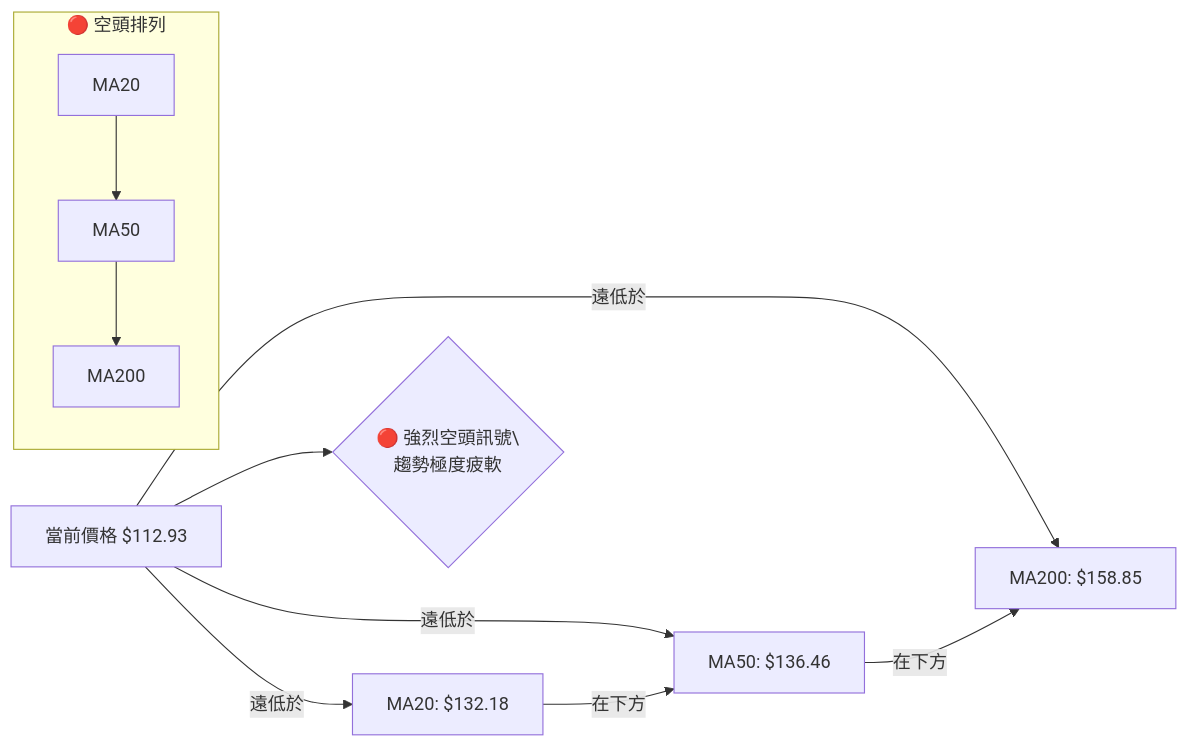
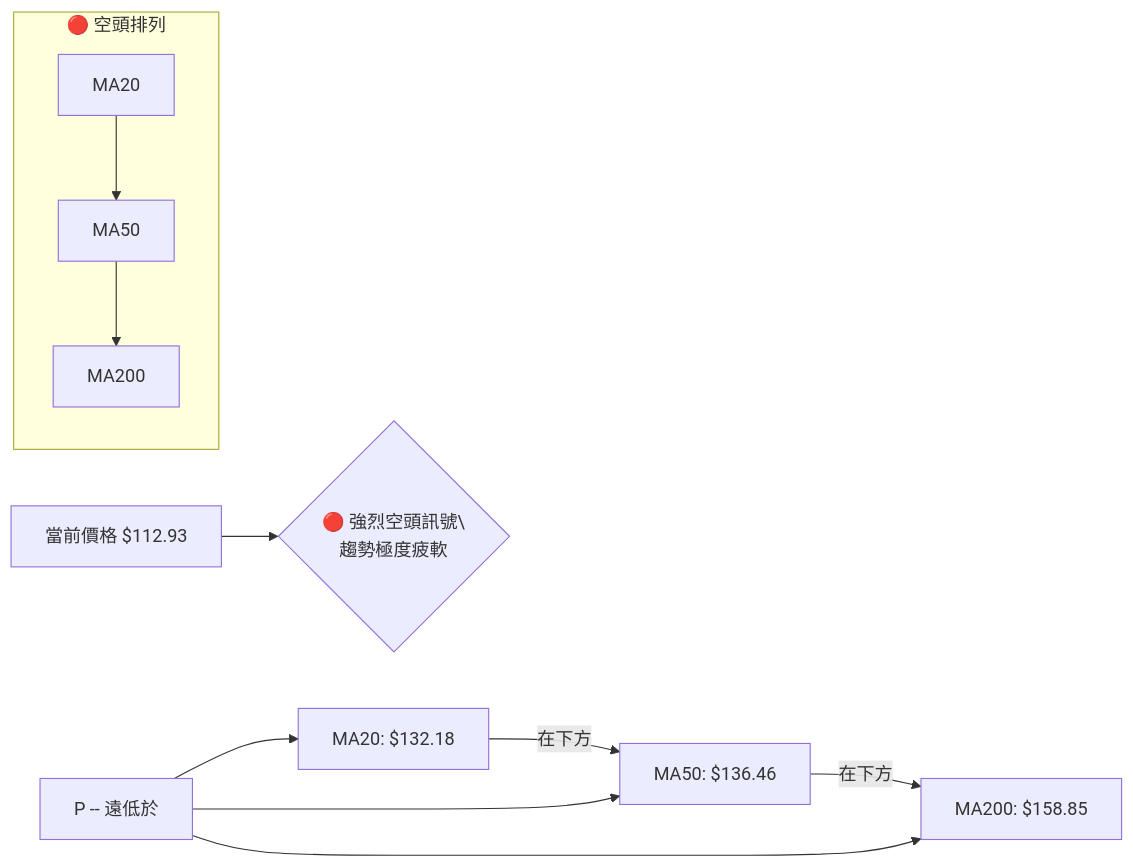
Before and after one commit to yennanliu/finance_data: the eighth of 13 diagrams in ai_gen_report/stock/pltr/technical_analysis_2026-06-29_gemini.md, drawn with Mermaid. The commit also changed other lines of this file and 2258 other files, not shown here.

First line of the commit message:
chore: backfill Mermaid syntax repair across existing reports

````diff
--- a/ai_gen_report/stock/pltr/technical_analysis_2026-06-29_gemini.md
+++ b/ai_gen_report/stock/pltr/technical_analysis_2026-06-29_gemini.md
@@ -393,21 +393,21 @@
 ```mermaid
 graph LR
     P["當前價格 $112.93"]
     MA20["MA20: $132.18"]
     MA50["MA50: $136.46"]
     MA200["MA200: $158.85"]
 
-    P -- 遠低於 --> MA20
-    P -- 遠低於 --> MA50
-    P -- 遠低於 --> MA200
+    nb1["P -- 遠低於"] --> MA20
+    nb1["P -- 遠低於"] --> MA50
+    nb1["P -- 遠低於"] --> MA200
 
-    MA20 -->|在下方| MA50
-    MA50 -->|在下方| MA200
+    MA20 -->|"在下方"| MA50
+    MA50 -->|"在下方"| MA200
 
     subgraph Bearish_Alignment ["🔴 空頭排列"]
-        MA20_B[MA20] --> MA50_B[MA50]
-        MA50_B --> MA200_B[MA200]
+        MA20_B["MA20"] --> MA50_B["MA50"]
+        MA50_B --> MA200_B["MA200"]
     end
 
     P --> Bearish_Alignment_Indicator{"🔴 強烈空頭訊號\\n趨勢極度疲軟"}
 ```
````
